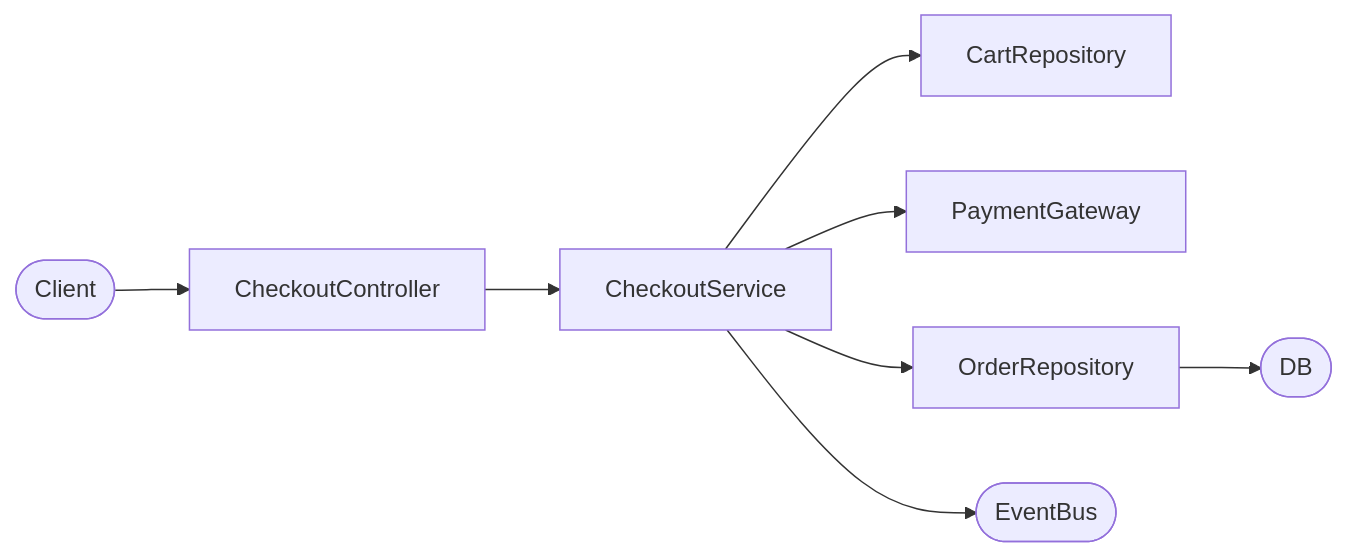
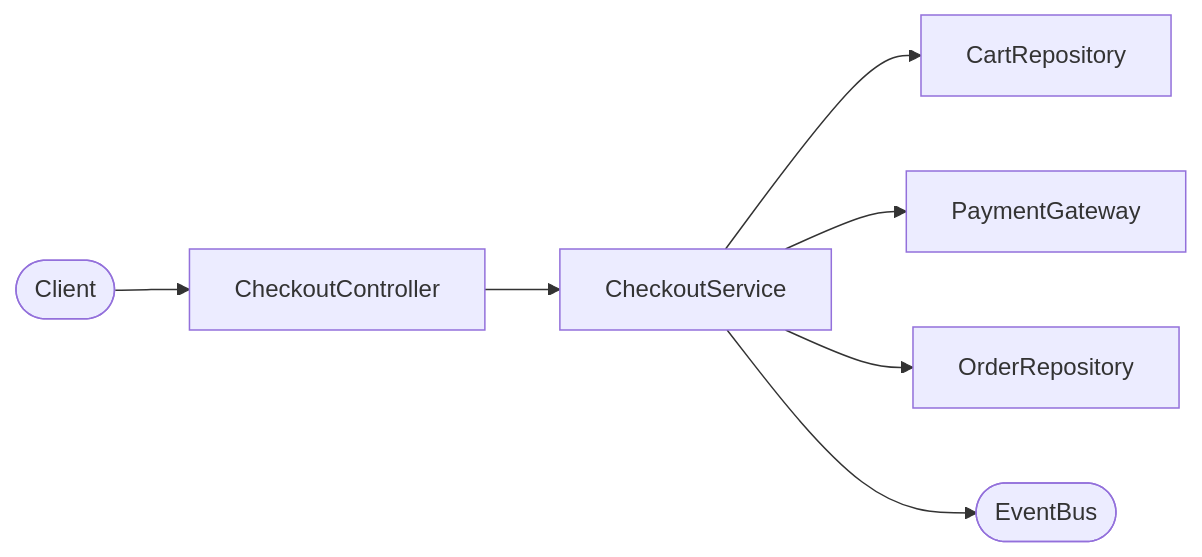
The first of 3 diagrams in generate-flow/references/example-checkout-flow.md (minh-lb/ai-tools), drawn with Mermaid before and after one commit. The commit also changed other lines of this file and 4 other files, not shown here.

First line of the commit message:
refactor(skills): redesign generate-flow template and output structure

````diff
--- a/generate-flow/references/example-checkout-flow.md
+++ b/generate-flow/references/example-checkout-flow.md
@@ -22,10 +20,9 @@
 ```mermaid
 flowchart LR
     A([Client]) --> B[CheckoutController]
     B --> C[CheckoutService]
     C --> D[CartRepository]
     C --> E[PaymentGateway]
     C --> F[OrderRepository]
     C --> G([EventBus])
-    F --> H([DB])
 ```
````
